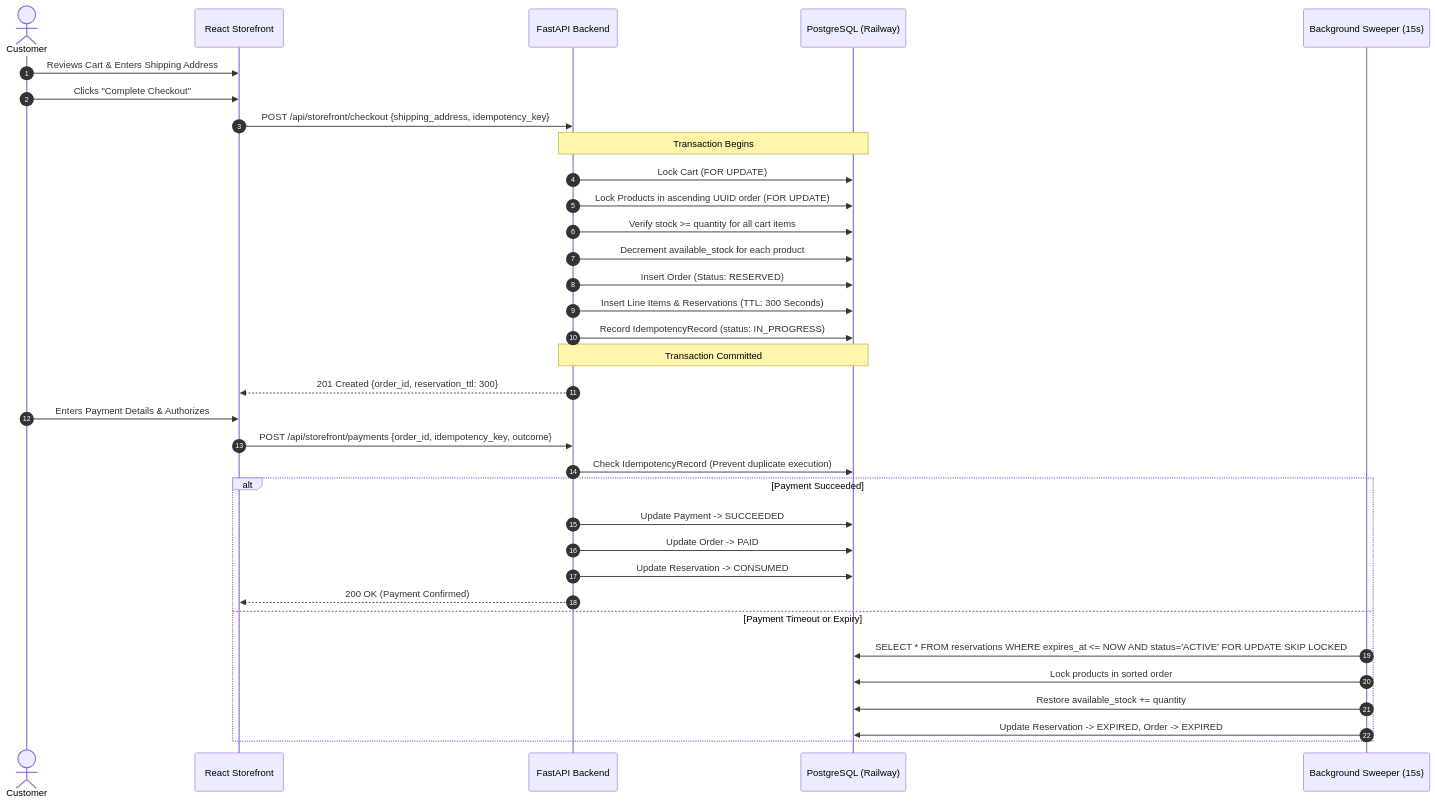
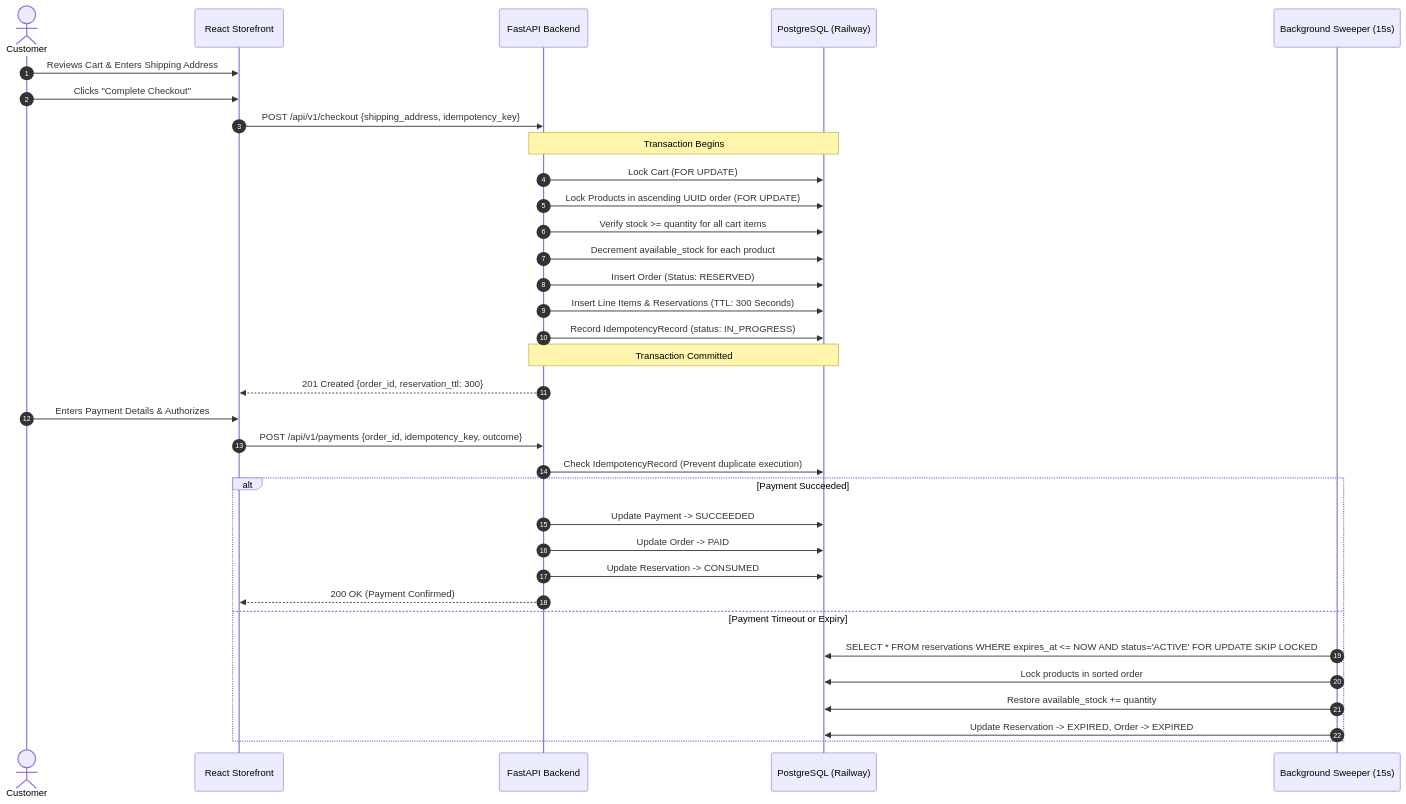
The tenth of 22 diagrams in README.md (arudkumaran19/pos-ecommerce-systems), drawn with Mermaid before and after one commit. The commit also changed other lines of this file, not shown here.

````diff
--- a/README.md
+++ b/README.md
@@ -682,38 +712,38 @@
 ```mermaid
 sequenceDiagram
     autonumber
     actor Customer
     participant UI as React Storefront
     participant API as FastAPI Backend
     participant DB as PostgreSQL (Railway)
     participant Sweeper as Background Sweeper (15s)
 
     Customer->>UI: Reviews Cart & Enters Shipping Address
     Customer->>UI: Clicks "Complete Checkout"
-    UI->>API: POST /api/storefront/checkout {shipping_address, idempotency_key}
+    UI->>API: POST /api/v1/checkout {shipping_address, idempotency_key}
     Note over API,DB: Transaction Begins
     API->>DB: Lock Cart (FOR UPDATE)
     API->>DB: Lock Products in ascending UUID order (FOR UPDATE)
     API->>DB: Verify stock >= quantity for all cart items
     API->>DB: Decrement available_stock for each product
     API->>DB: Insert Order (Status: RESERVED)
     API->>DB: Insert Line Items & Reservations (TTL: 300 Seconds)
     API->>DB: Record IdempotencyRecord (status: IN_PROGRESS)
     Note over API,DB: Transaction Committed
     API-->>UI: 201 Created {order_id, reservation_ttl: 300}
 
     Customer->>UI: Enters Payment Details & Authorizes
-    UI->>API: POST /api/storefront/payments {order_id, idempotency_key, outcome}
+    UI->>API: POST /api/v1/payments {order_id, idempotency_key, outcome}
     API->>DB: Check IdempotencyRecord (Prevent duplicate execution)
     alt Payment Succeeded
         API->>DB: Update Payment -> SUCCEEDED
         API->>DB: Update Order -> PAID
         API->>DB: Update Reservation -> CONSUMED
         API-->>UI: 200 OK (Payment Confirmed)
     else Payment Timeout or Expiry
         Sweeper->>DB: SELECT * FROM reservations WHERE expires_at <= NOW AND status='ACTIVE' FOR UPDATE SKIP LOCKED
         Sweeper->>DB: Lock products in sorted order
         Sweeper->>DB: Restore available_stock += quantity
         Sweeper->>DB: Update Reservation -> EXPIRED, Order -> EXPIRED
     end
 ```
````
